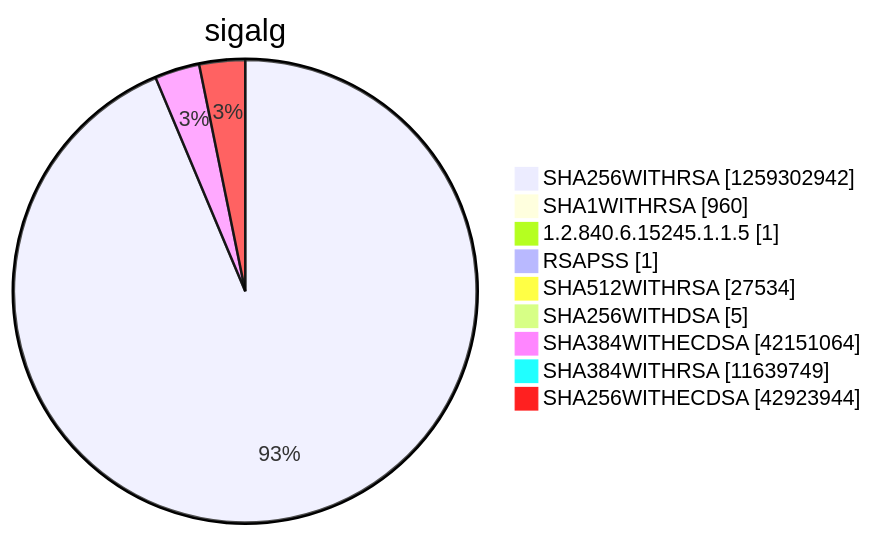
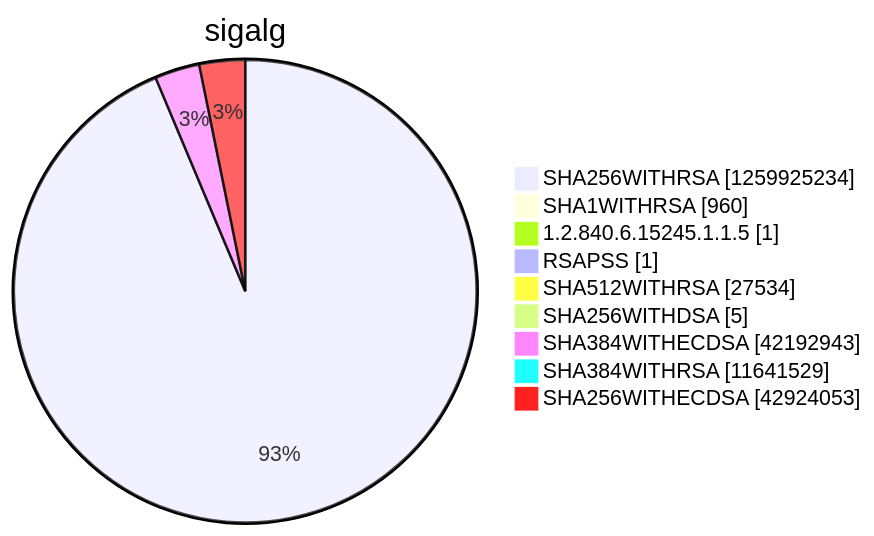
Before and after one commit to christiankrug/ctmonitor_visualization: diagram 15 of 15 in argon2022/README.md, drawn with Mermaid. The commit also changed other lines of this file, not shown here.

````diff
--- a/argon2022/README.md
+++ b/argon2022/README.md
@@ -5522,13 +5522,13 @@
 ```mermaid
 pie showData
 title sigalg
-"SHA256WITHRSA" :1259302942
+"SHA256WITHRSA" :1259925234
 "SHA1WITHRSA" :960
 "1.2.840.6.15245.1.1.5" :1
 "RSAPSS" :1
 "SHA512WITHRSA" :27534
 "SHA256WITHDSA" :5
-"SHA384WITHECDSA" :42151064
-"SHA384WITHRSA" :11639749
-"SHA256WITHECDSA" :42923944
+"SHA384WITHECDSA" :42192943
+"SHA384WITHRSA" :11641529
+"SHA256WITHECDSA" :42924053
 ```
````
